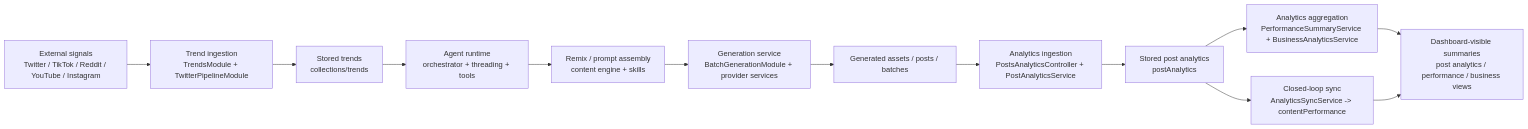
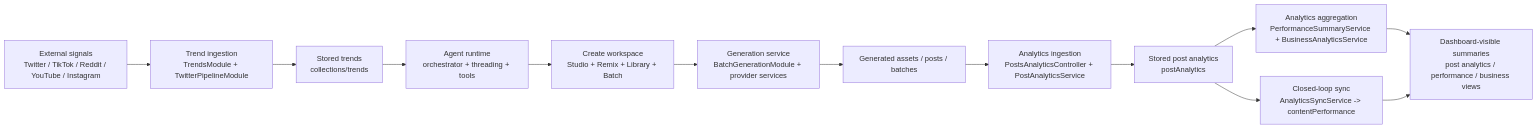
One commit to genfeedai/genfeed.ai changed the diagram in apps/docs/content/core-loop/index.mdx. Above: the diagram before and after it, drawn with Mermaid. The commit also changed other lines of this file and 7 other files, not shown here.

````diff
--- a/apps/docs/content/core-loop/index.mdx
+++ b/apps/docs/content/core-loop/index.mdx
@@ -38,15 +40,15 @@
 ```mermaid
 flowchart LR
   A["External signals\nTwitter / TikTok / Reddit / YouTube / Instagram"] --> B["Trend ingestion\nTrendsModule + TwitterPipelineModule"]
   B --> C["Stored trends\ncollections/trends"]
   C --> D["Agent runtime\norchestrator + threading + tools"]
-  D --> E["Remix / prompt assembly\ncontent engine + skills"]
+  D --> E["Create workspace\nStudio + Remix + Library + Batch"]
   E --> F["Generation service\nBatchGenerationModule + provider services"]
   F --> G["Generated assets / posts / batches"]
   G --> H["Analytics ingestion\nPostsAnalyticsController + PostAnalyticsService"]
   H --> I["Stored post analytics\npostAnalytics"]
   I --> J["Analytics aggregation\nPerformanceSummaryService + BusinessAnalyticsService"]
   I --> K["Closed-loop sync\nAnalyticsSyncService -> contentPerformance"]
   J --> L["Dashboard-visible summaries\npost analytics / performance / business views"]
   K --> L
 ```
````
